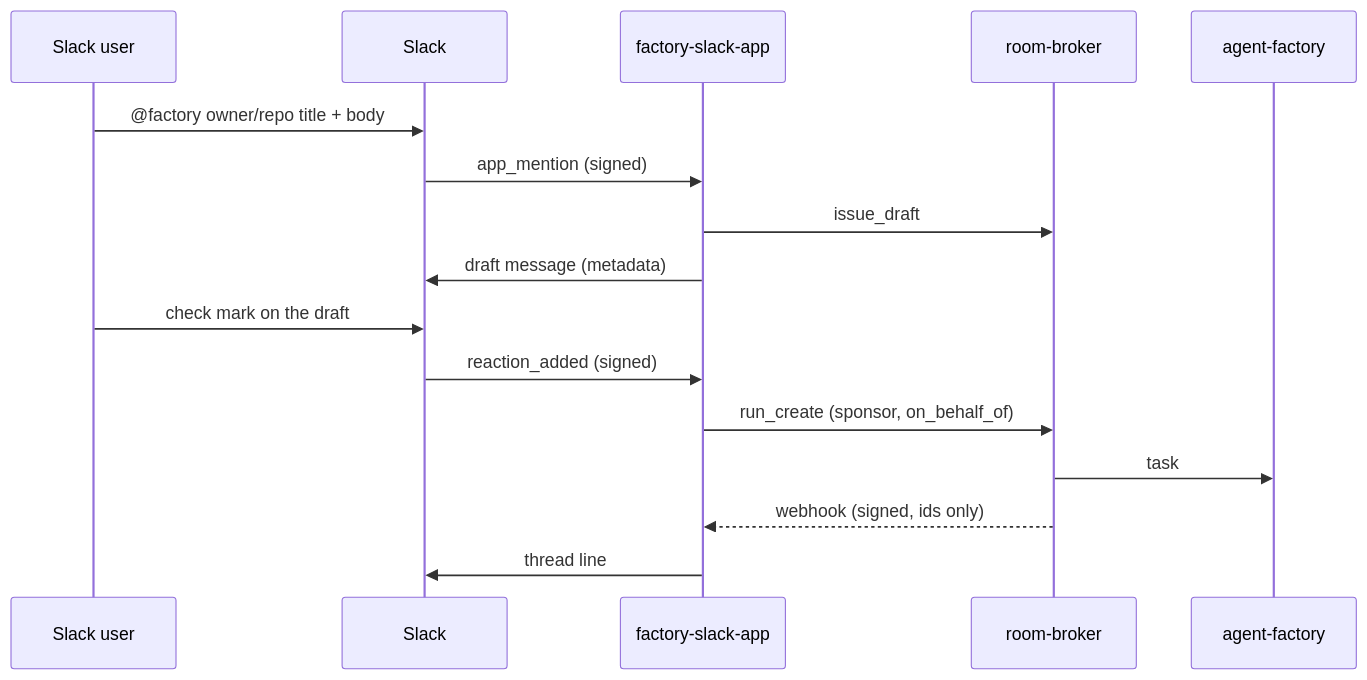
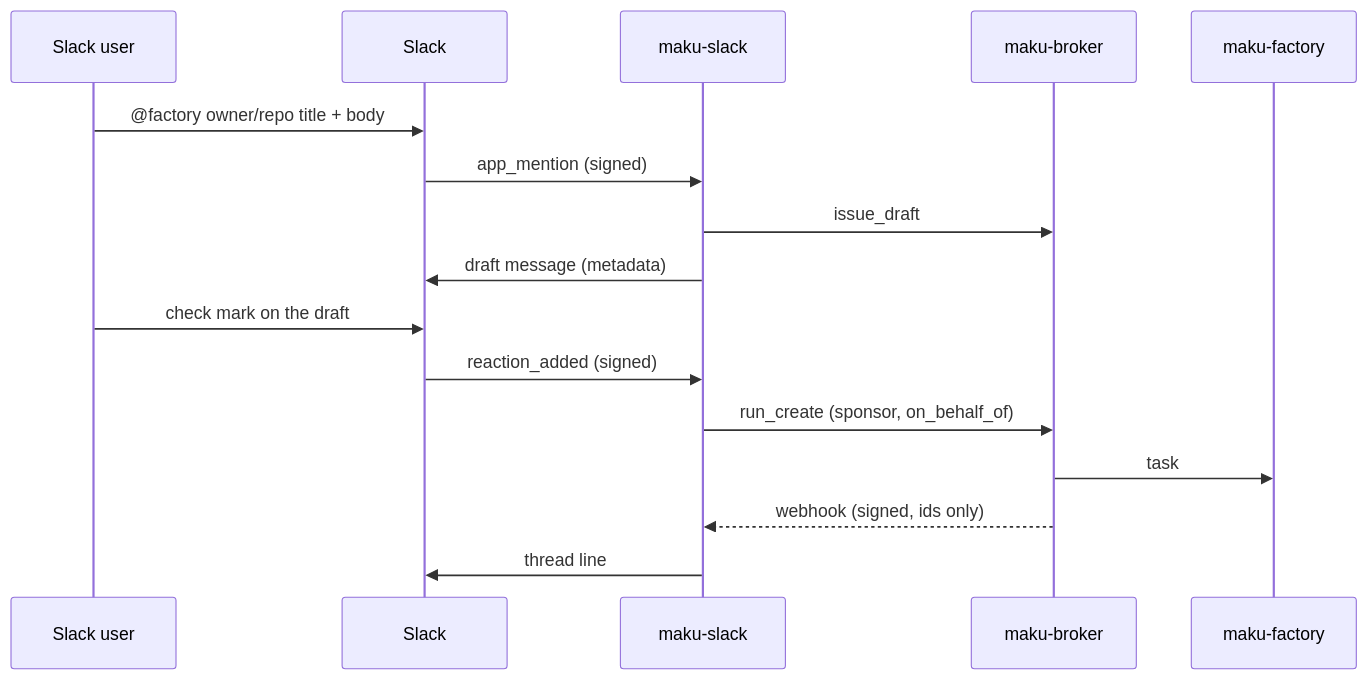
The diagram in docs/slack.md (Smana/agent-platform), drawn with Mermaid before and after one commit. The commit also changed other lines of this file and 26 other files, not shown here.

````diff
--- a/docs/slack.md
+++ b/docs/slack.md
@@ -5,18 +5,18 @@
 ```mermaid
 sequenceDiagram
   participant U as Slack user
   participant S as Slack
-  participant A as factory-slack-app
-  participant B as room-broker
-  participant F as agent-factory
+  participant A as maku-slack
+  participant B as maku-broker
+  participant F as maku-factory
   U->>S: @factory owner/repo title + body
   S->>A: app_mention (signed)
   A->>B: issue_draft
   A->>S: draft message (metadata)
   U->>S: check mark on the draft
   S->>A: reaction_added (signed)
   A->>B: run_create (sponsor, on_behalf_of)
   B->>F: task
   B-->>A: webhook (signed, ids only)
   A->>S: thread line
 ```
````
